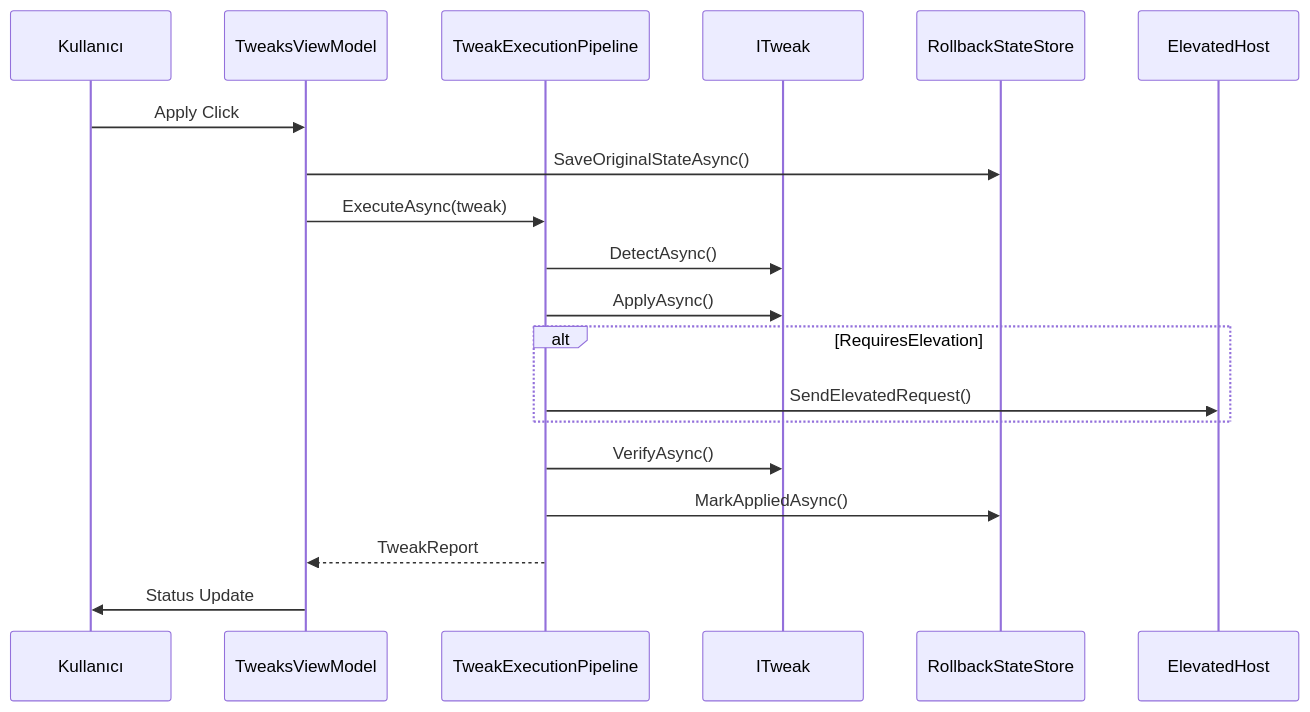
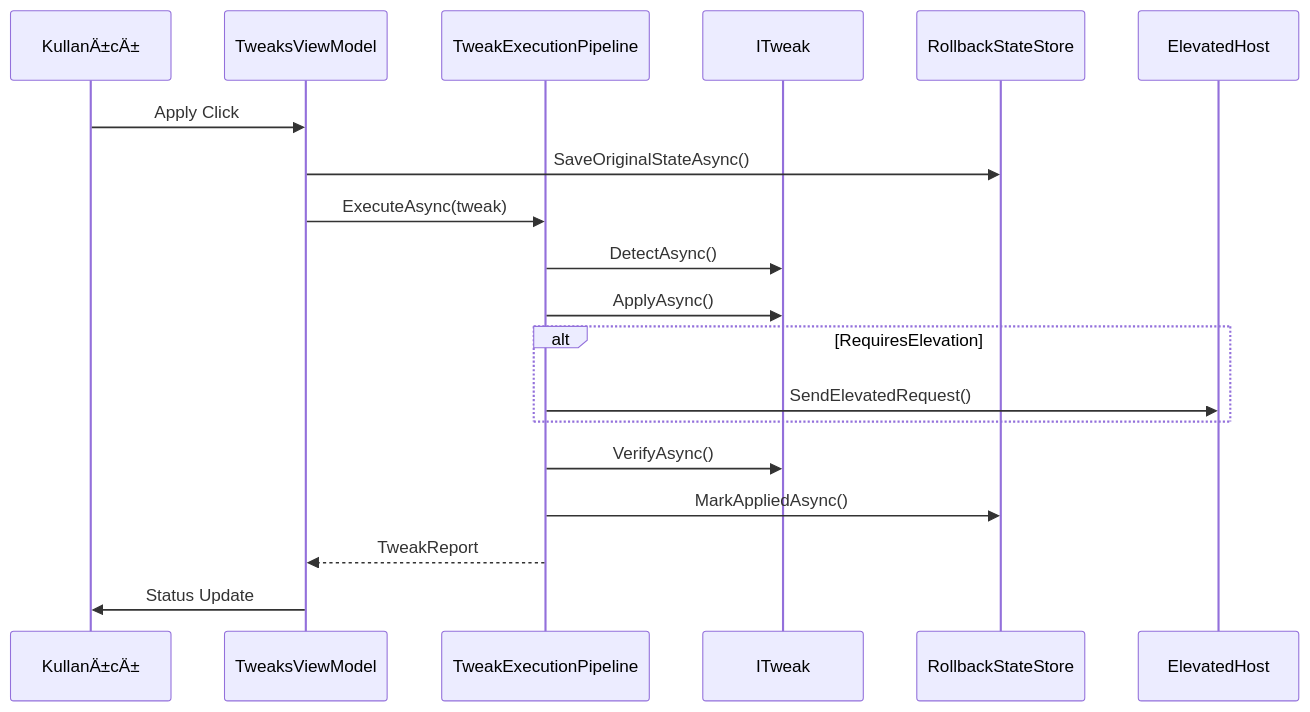
Before and after one commit to siklone/RegProbe: the seventh of 7 diagrams in Docs/ARCHITECTURE_DEEP_DIVE.md, drawn with Mermaid. The commit also changed other lines of this file and 66 other files, not shown here.

````diff
--- a/Docs/ARCHITECTURE_DEEP_DIVE.md
+++ b/Docs/ARCHITECTURE_DEEP_DIVE.md
@@ -286,22 +286,22 @@
 ```mermaid
 sequenceDiagram
-    participant User as Kullanıcı
+    participant User as KullanÄ±cÄ±
     participant VM as TweaksViewModel
     participant Pipe as TweakExecutionPipeline
     participant Tweak as ITweak
     participant Store as RollbackStateStore
     participant Host as ElevatedHost
 
     User->>VM: Apply Click
     VM->>Store: SaveOriginalStateAsync()
     VM->>Pipe: ExecuteAsync(tweak)
     Pipe->>Tweak: DetectAsync()
     Pipe->>Tweak: ApplyAsync()
     alt RequiresElevation
         Pipe->>Host: SendElevatedRequest()
     end
     Pipe->>Tweak: VerifyAsync()
     Pipe->>Store: MarkAppliedAsync()
     Pipe-->>VM: TweakReport
     VM->>User: Status Update
 ```
````
